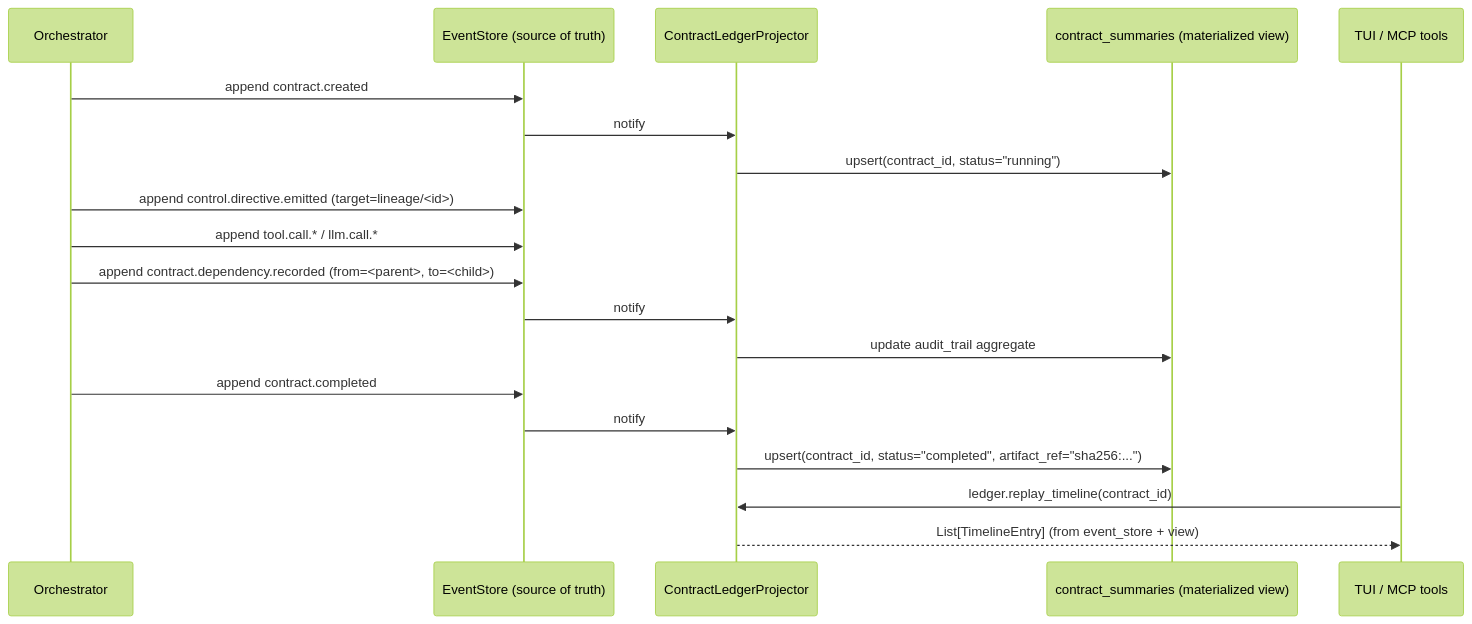
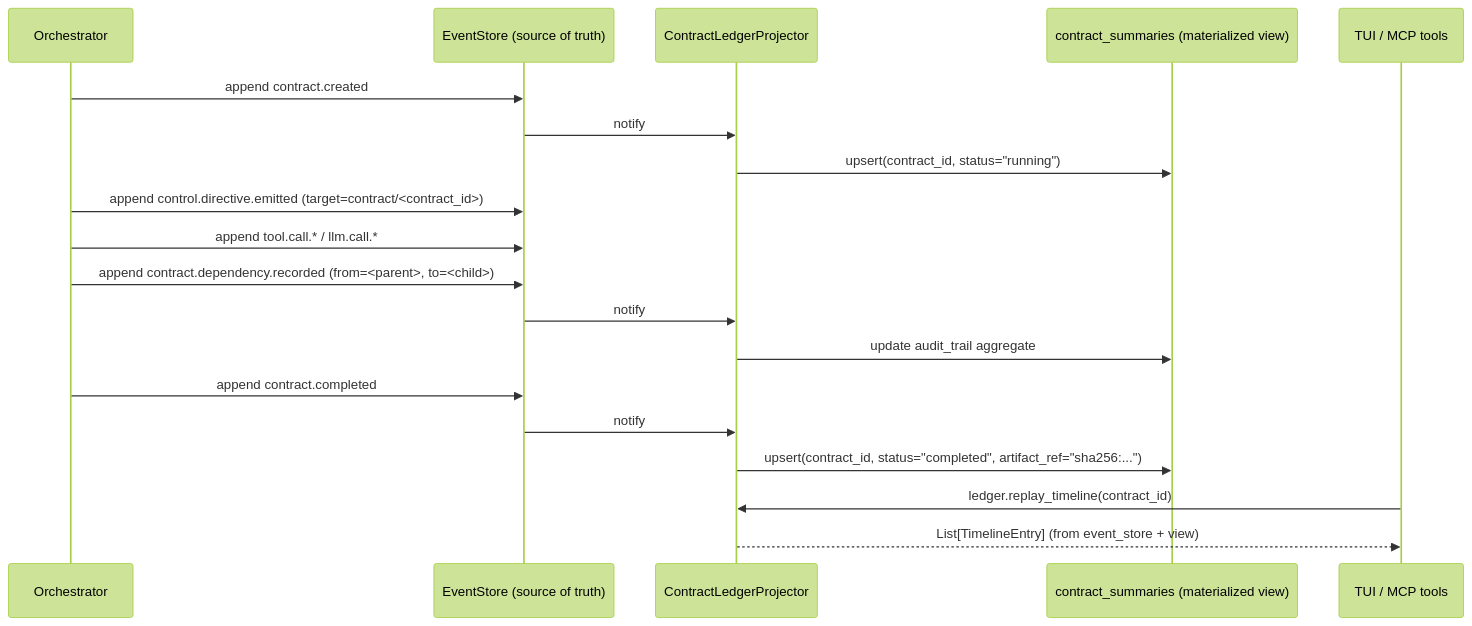
The second of 2 diagrams in docs/rfc/contract-ledger.md (Q00/ouroboros), drawn with Mermaid (forest theme) before and after one commit. The commit also changed other lines of this file, not shown here.

First line of the commit message:
Clarify contract ledger migration and directive targets

````diff
--- a/docs/rfc/contract-ledger.md
+++ b/docs/rfc/contract-ledger.md
@@ -203,22 +214,22 @@
 ```mermaid
 sequenceDiagram
     participant O as Orchestrator
     participant E as EventStore (source of truth)
     participant P as ContractLedgerProjector
     participant V as contract_summaries (materialized view)
     participant T as TUI / MCP tools
 
     O->>E: append contract.created
     E->>P: notify
     P->>V: upsert(contract_id, status="running")
-    O->>E: append control.directive.emitted (target=lineage/<id>)
+    O->>E: append control.directive.emitted (target=contract/<contract_id>)
     O->>E: append tool.call.* / llm.call.*
     O->>E: append contract.dependency.recorded (from=<parent>, to=<child>)
     E->>P: notify
     P->>V: update audit_trail aggregate
     O->>E: append contract.completed
     E->>P: notify
     P->>V: upsert(contract_id, status="completed", artifact_ref="sha256:...")
     T->>P: ledger.replay_timeline(contract_id)
     P-->>T: List[TimelineEntry] (from event_store + view)
 ```
````
